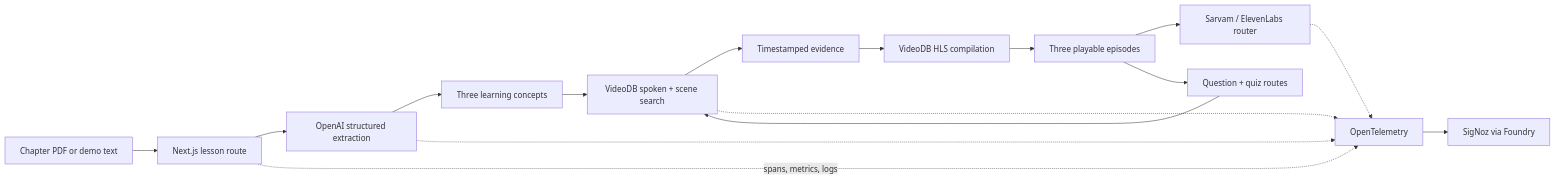
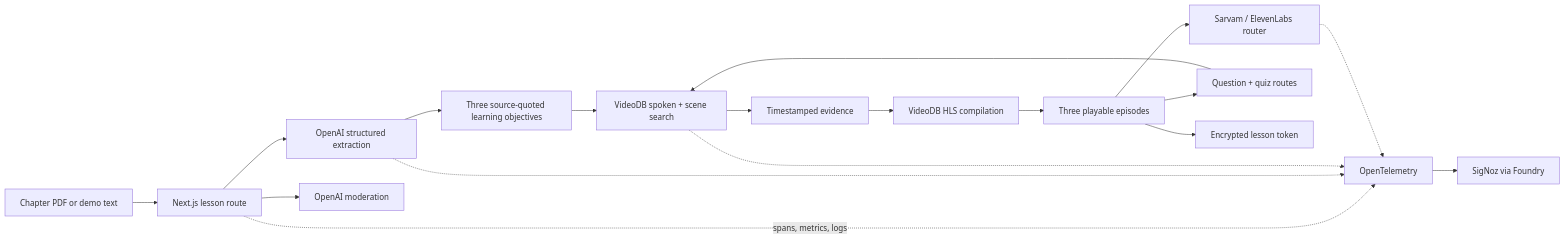
One commit to PraveerSharma/kathaquest changed the diagram in README.md. Above: the diagram before and after it, drawn with Mermaid. The commit also changed other lines of this file and 41 other files, not shown here.

````diff
--- a/README.md
+++ b/README.md
@@ -30,18 +30,20 @@
 ```mermaid
 flowchart LR
     A[Chapter PDF or demo text] --> B[Next.js lesson route]
     B --> C[OpenAI structured extraction]
-    C --> D[Three learning concepts]
+    C --> D[Three source-quoted learning objectives]
     D --> E[VideoDB spoken + scene search]
     E --> F[Timestamped evidence]
     F --> G[VideoDB HLS compilation]
     G --> H[Three playable episodes]
     H --> I[Sarvam / ElevenLabs router]
     H --> J[Question + quiz routes]
     J --> E
+    B --> M[OpenAI moderation]
+    H --> N[Encrypted lesson token]
     B -. spans, metrics, logs .-> K[OpenTelemetry]
     C -.-> K
     E -.-> K
     I -.-> K
     K --> L[SigNoz via Foundry]
 ```
````
